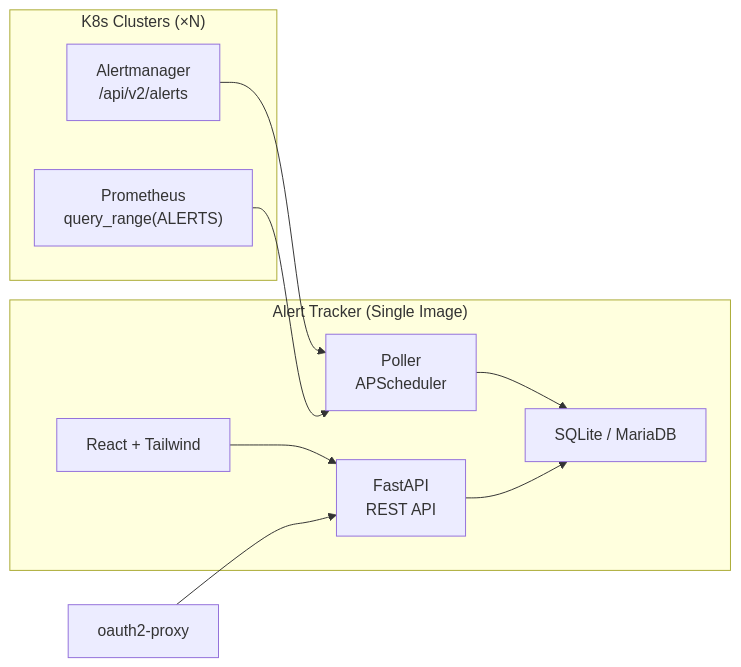
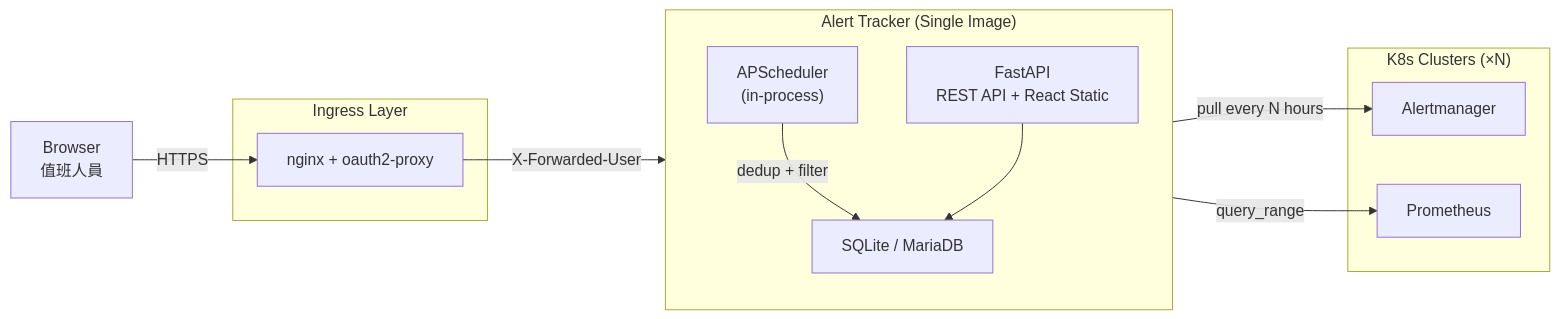
The diagram in README.md (vencil/SRE-ALERT-TRACKER), drawn with Mermaid before and after one commit. The commit also changed other lines of this file and 23 other files, not shown here.

````diff
--- a/README.md
+++ b/README.md
@@ -50,21 +50,27 @@
 ```mermaid
 graph LR
     subgraph CLUSTERS["K8s Clusters (×N)"]
-        AM["Alertmanager<br/>/api/v2/alerts"]
-        PM["Prometheus<br/>query_range(ALERTS)"]
+        AM["Alertmanager"]
+        PM["Prometheus"]
     end
 
-    subgraph SYSTEM["Alert Tracker (Single Image)"]
-        POLLER["Poller<br/>APScheduler"]
-        API["FastAPI<br/>REST API"]
-        DB["SQLite / MariaDB"]
-        FE["React + Tailwind"]
+    USER["Browser<br/>值班人員"]
+
+    subgraph INGRESS["Ingress Layer"]
+        NGX["nginx + oauth2-proxy"]
     end
 
-    AM --> POLLER
-    PM --> POLLER
-    POLLER --> DB
+    subgraph APP["Alert Tracker (Single Image)"]
+        direction TB
+        API["FastAPI<br/>REST API + React Static"]
+        SCHED["APScheduler<br/>(in-process)"]
+        DB["SQLite / MariaDB"]
+    end
+
+    USER -->|HTTPS| NGX
+    NGX -->|"X-Forwarded-User"| API
+    SCHED -->|"pull every N hours"| AM
+    SCHED -->|"query_range"| PM
+    SCHED -->|"dedup + filter"| DB
     API --> DB
-    FE --> API
-    OAP["oauth2-proxy"] --> API
 ```
````
